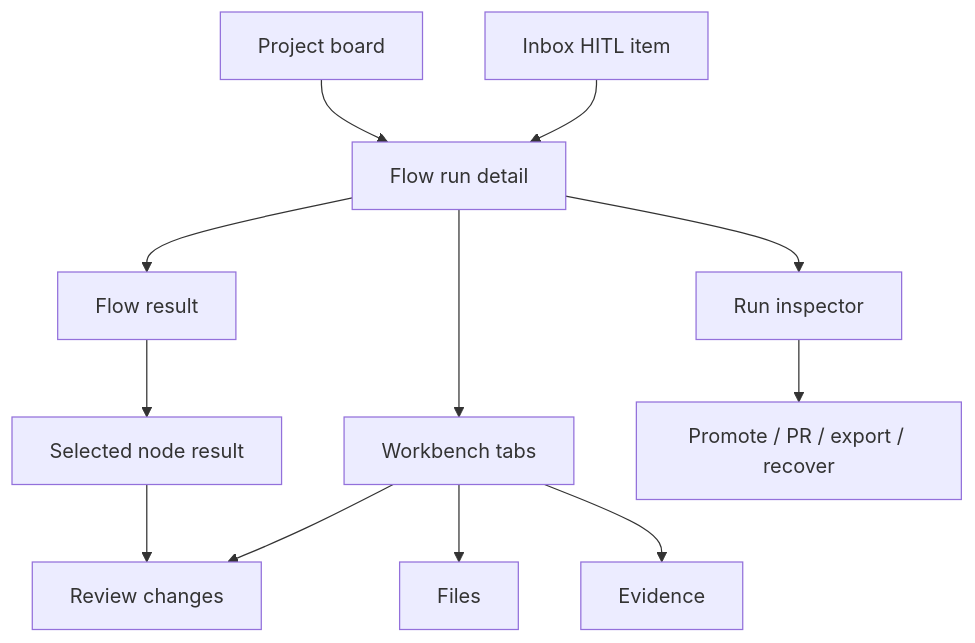
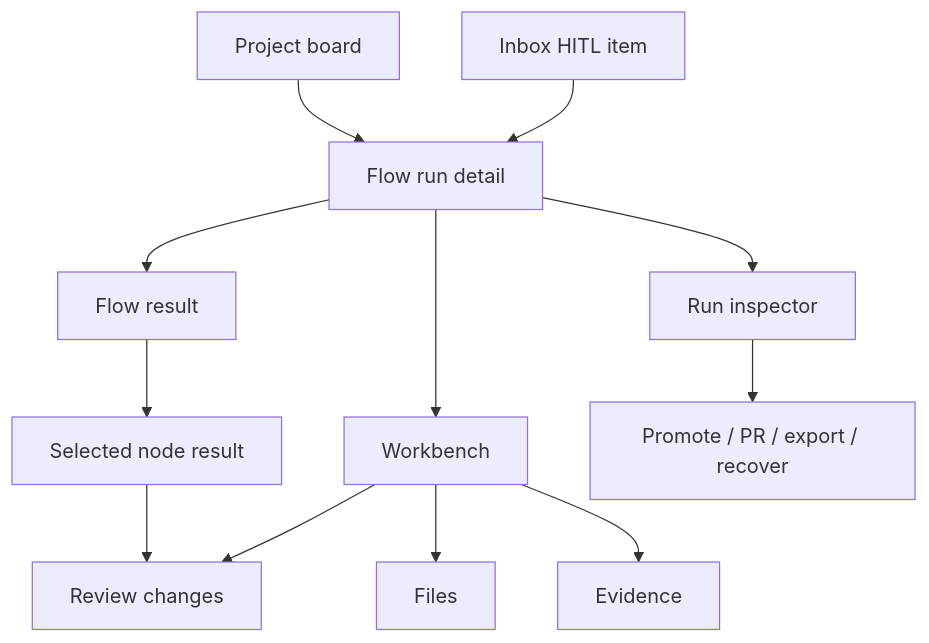
The first of 2 diagrams in docs/screens/runs/flow-run.md (maister-dev/maister), drawn with Mermaid before and after one commit. The commit also changed other lines of this file and 27 other files, not shown here.

````diff
--- a/docs/screens/runs/flow-run.md
+++ b/docs/screens/runs/flow-run.md
@@ -59,14 +60,14 @@
 ```mermaid
 flowchart TD
     Board["Project board"] --> Run["Flow run detail"]
     Inbox["Inbox HITL item"] --> Run
     Run --> Flow["Flow result"]
-    Run --> Workbench["Workbench tabs"]
+    Run --> Workbench["Workbench"]
     Run --> Inspector["Run inspector"]
     Flow --> Node["Selected node result"]
     Node --> Diff["Review changes"]
     Workbench --> Files["Files"]
     Workbench --> Diff
     Workbench --> Evidence["Evidence"]
     Inspector --> Actions["Promote / PR / export / recover"]
 ```
````
